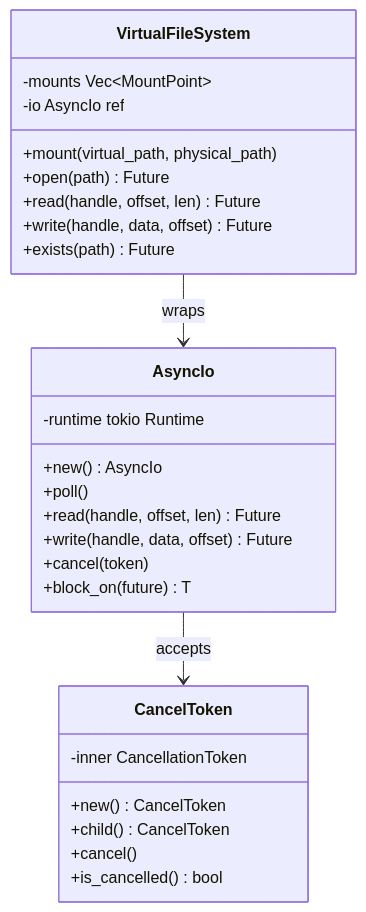
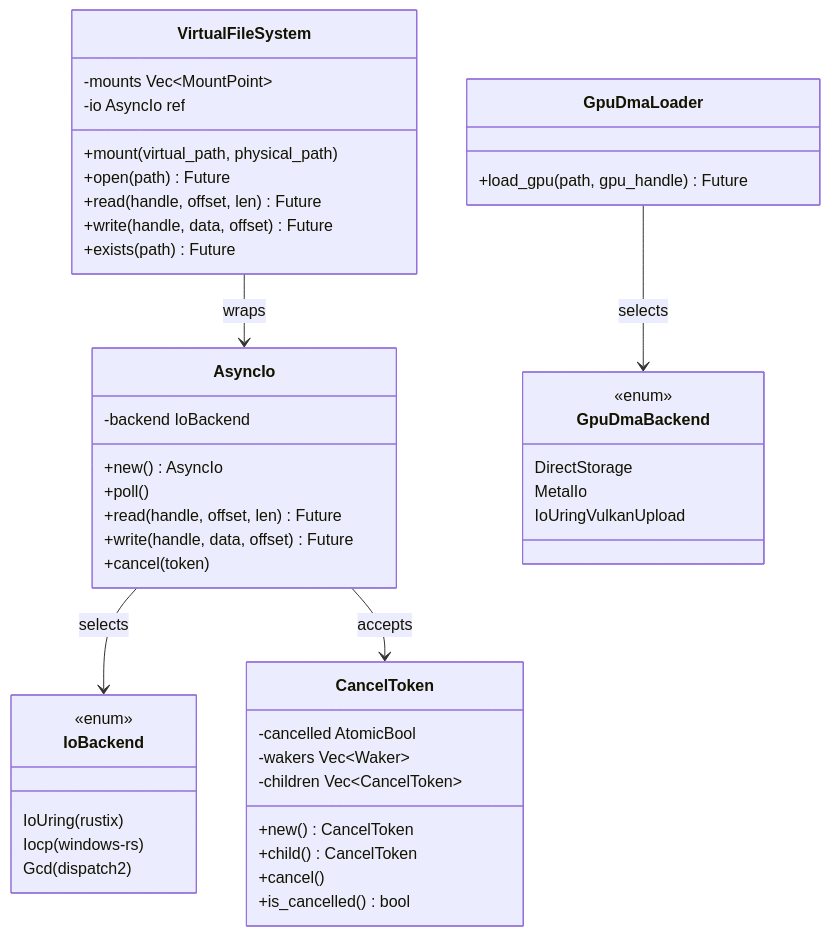
One commit to harmonius-dev/harmonius changed the fifth of 7 diagrams in docs/design/core-runtime/memory-async-io.md. Above: the diagram before and after it, drawn with Mermaid. The commit also changed other lines of this file and 174 other files, not shown here.

````diff
--- a/docs/design/core-runtime/memory-async-io.md
+++ b/docs/design/core-runtime/memory-async-io.md
@@ -294,33 +324,54 @@
 ```mermaid
 classDiagram
     class AsyncIo {
-        -runtime tokio Runtime
+        -backend IoBackend
         +new() AsyncIo
         +poll()
         +read(handle, offset, len) Future
         +write(handle, data, offset) Future
         +cancel(token)
-        +block_on(future) T
+    }
+
+    class IoBackend {
+        <<enum>>
+        IoUring(rustix)
+        Iocp(windows-rs)
+        Gcd(dispatch2)
+    }
+
+    class GpuDmaLoader {
+        +load_gpu(path, gpu_handle) Future
+    }
+
+    class GpuDmaBackend {
+        <<enum>>
+        DirectStorage
+        MetalIo
+        IoUringVulkanUpload
     }
 
     class VirtualFileSystem {
         -mounts Vec~MountPoint~
         -io AsyncIo ref
         +mount(virtual_path, physical_path)
         +open(path) Future
         +read(handle, offset, len) Future
         +write(handle, data, offset) Future
         +exists(path) Future
     }
 
     class CancelToken {
-        -inner CancellationToken
+        -cancelled AtomicBool
+        -wakers Vec~Waker~
+        -children Vec~CancelToken~
         +new() CancelToken
         +child() CancelToken
         +cancel()
         +is_cancelled() bool
     }
 
+    AsyncIo --> IoBackend : selects
     AsyncIo --> CancelToken : accepts
+    GpuDmaLoader --> GpuDmaBackend : selects
     VirtualFileSystem --> AsyncIo : wraps
 ```
````
